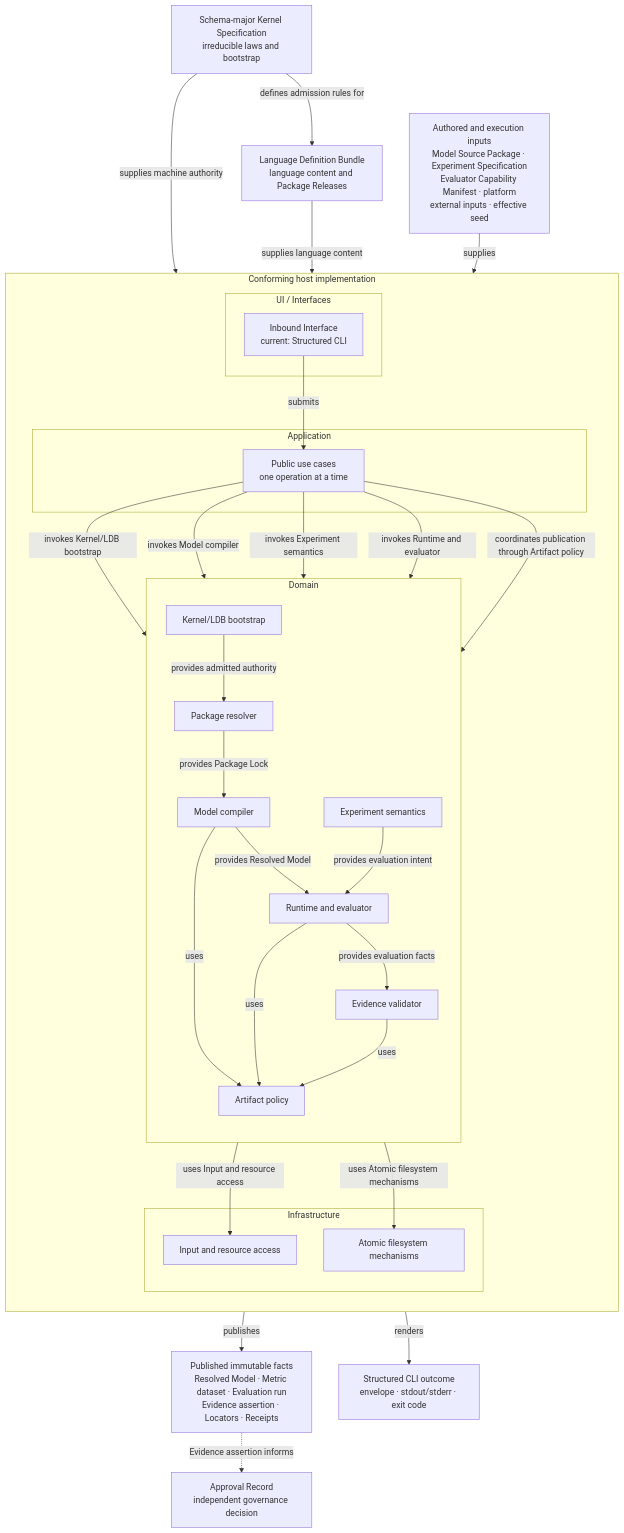
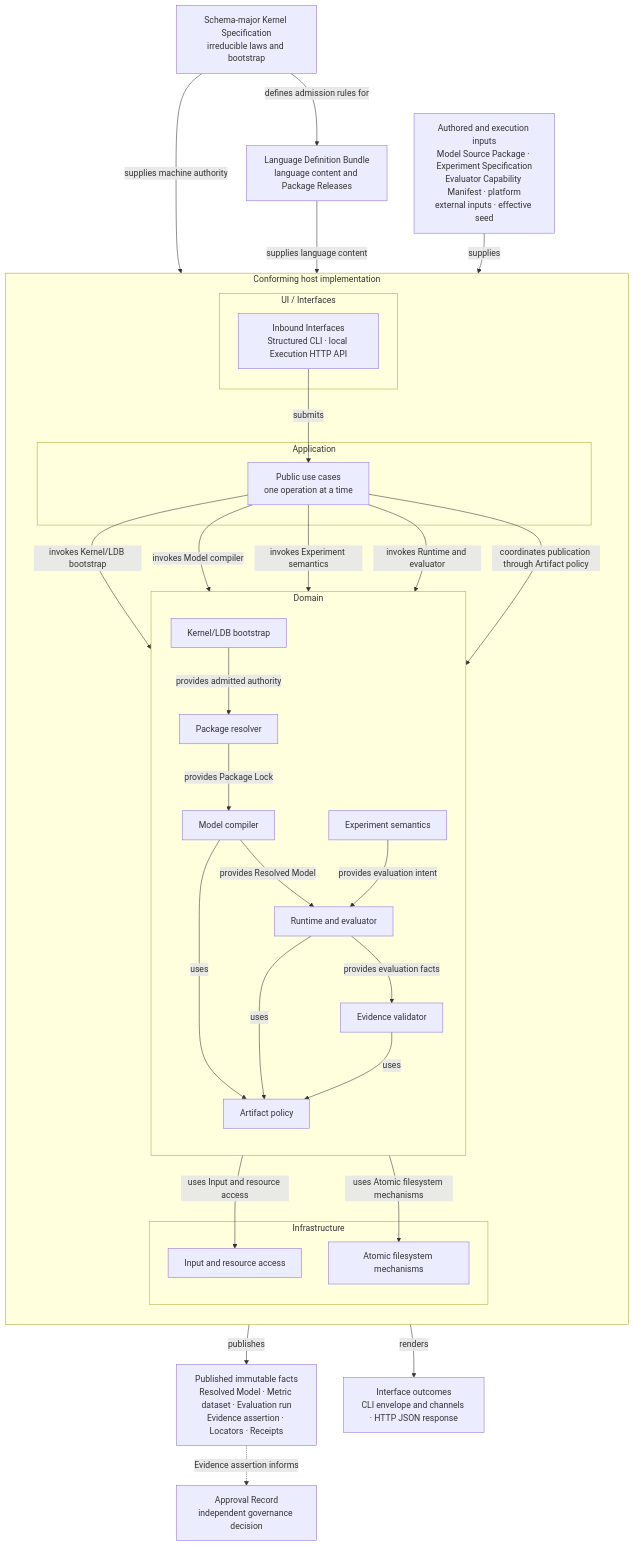
Before and after one commit to aigengame/godot-agent: the first of 3 diagrams in libs/gda-balancing/docs/ARCHITECTURE.md, drawn with Mermaid. The commit also changed other lines of this file and 8 other files, not shown here.

Commit message:
fix(gda-balancing): close local HTTP protocol boundaries

````diff
--- a/libs/gda-balancing/docs/ARCHITECTURE.md
+++ b/libs/gda-balancing/docs/ARCHITECTURE.md
@@ -152,61 +152,61 @@
 ```mermaid
 flowchart TB
     K["Schema-major Kernel Specification<br/>irreducible laws and bootstrap"]
     L["Language Definition Bundle<br/>language content and Package Releases"]
     H["Authored and execution inputs<br/>Model Source Package · Experiment Specification<br/>Evaluator Capability Manifest · platform<br/>external inputs · effective seed"]
 
     K -->|"defines admission rules for"| L
 
     subgraph HOST["Conforming host implementation"]
         direction TB
         subgraph UI["UI / Interfaces"]
-            U["Inbound Interface<br/>current: Structured CLI"]
+            U["Inbound Interfaces<br/>Structured CLI · local Execution HTTP API"]
         end
         subgraph APP["Application"]
             A["Public use cases<br/>one operation at a time"]
         end
         subgraph DOM["Domain"]
             direction TB
             B["Kernel/LDB bootstrap"]
             P["Package resolver"]
             C["Model compiler"]
             X["Experiment semantics"]
             R["Runtime and evaluator"]
             V["Evidence validator"]
             Q["Artifact policy"]
 
             B -->|"provides admitted authority"| P
             P -->|"provides Package Lock"| C
             C -->|"provides Resolved Model"| R
             X -->|"provides evaluation intent"| R
             R -->|"provides evaluation facts"| V
             C -->|uses| Q
             R -->|uses| Q
             V -->|uses| Q
         end
         subgraph INF["Infrastructure"]
             I["Input and resource access"]
             F["Atomic filesystem mechanisms"]
         end
 
         U -->|submits| A
         A -->|"invokes Kernel/LDB bootstrap"| B
         A -->|"invokes Model compiler"| C
         A -->|"invokes Experiment semantics"| X
         A -->|"invokes Runtime and evaluator"| R
         A -->|"coordinates publication through Artifact policy"| Q
         B -->|"uses Input and resource access"| I
         Q -->|"uses Atomic filesystem mechanisms"| F
     end
 
     O["Published immutable facts<br/>Resolved Model · Metric dataset · Evaluation run<br/>Evidence assertion · Locators · Receipts"]
-    S["Structured CLI outcome<br/>envelope · stdout/stderr · exit code"]
+    S["Interface outcomes<br/>CLI envelope and channels · HTTP JSON response"]
     G["Approval Record<br/>independent governance decision"]
 
     K -->|"supplies machine authority"| B
     L -->|"supplies language content"| B
     H -->|supplies| U
     Q -->|publishes| O
     U -->|renders| S
     O -. "Evidence assertion informs" .-> G
 ```
````
